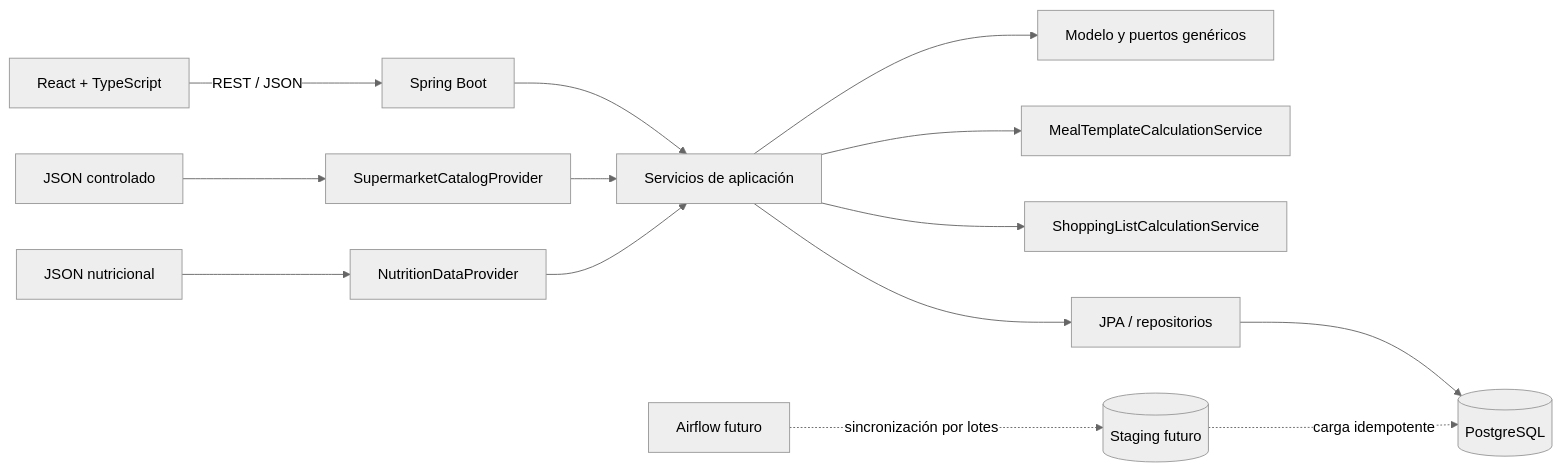
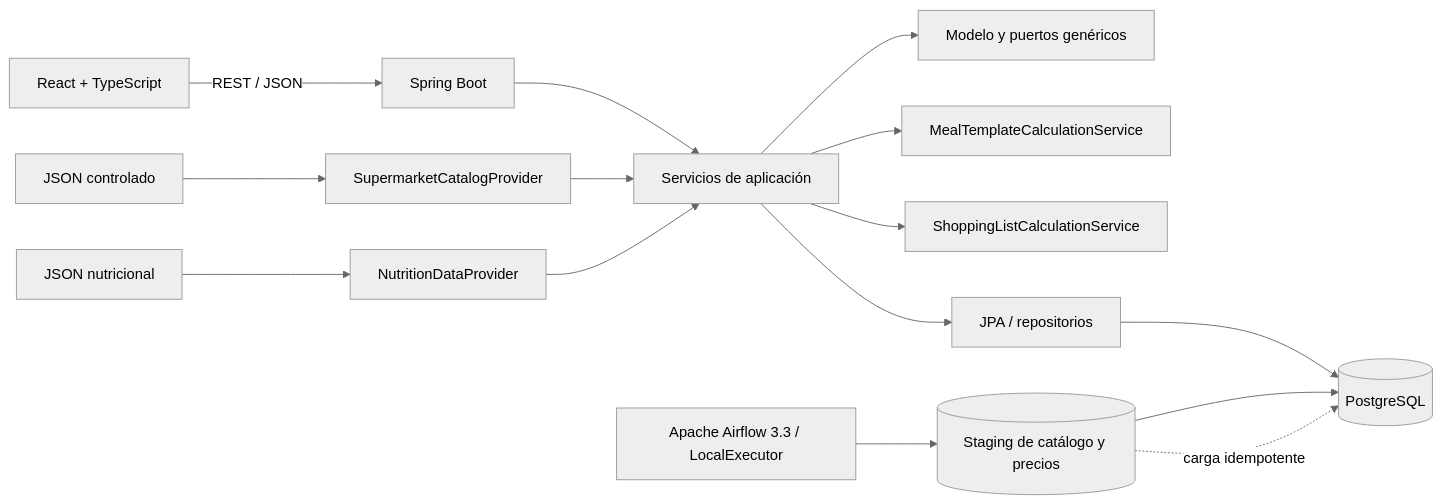
One commit to Xons001/supermarket-meal-planner changed the first of 5 diagrams in docs/architecture.md. Above: the diagram before and after it, drawn with Mermaid (neutral theme). The commit also changed other lines of this file and 72 other files, not shown here.

````diff
--- a/docs/architecture.md
+++ b/docs/architecture.md
@@ -9,16 +9,17 @@
 ```mermaid
 flowchart LR
     Browser["React + TypeScript"] -->|REST / JSON| API["Spring Boot"]
     API --> Application["Servicios de aplicación"]
     Application --> Domain["Modelo y puertos genéricos"]
     Application --> Calculator["MealTemplateCalculationService"]
     Application --> Shopping["ShoppingListCalculationService"]
     Application --> Persistence["JPA / repositorios"]
     Persistence --> PostgreSQL[(PostgreSQL)]
     LocalJson["JSON controlado"] --> CatalogProvider["SupermarketCatalogProvider"]
     LocalNutrition["JSON nutricional"] --> NutritionProvider["NutritionDataProvider"]
     CatalogProvider --> Application
     NutritionProvider --> Application
-    Airflow["Airflow futuro"] -. sincronización por lotes .-> Staging[(Staging futuro)]
+    Airflow["Apache Airflow 3.3 / LocalExecutor"] --> Staging[(Staging de catálogo y precios)]
+    Staging --> PostgreSQL
     Staging -. carga idempotente .-> PostgreSQL
 ```
````
